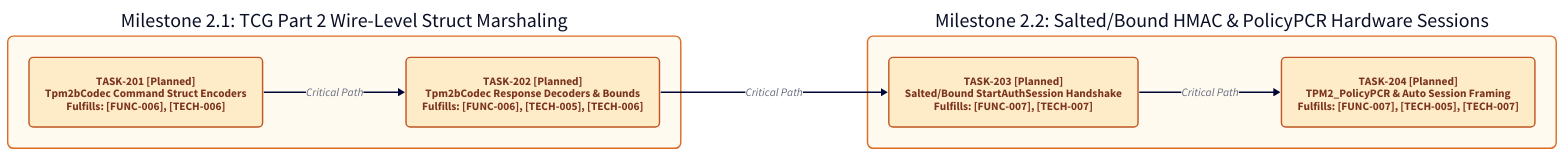
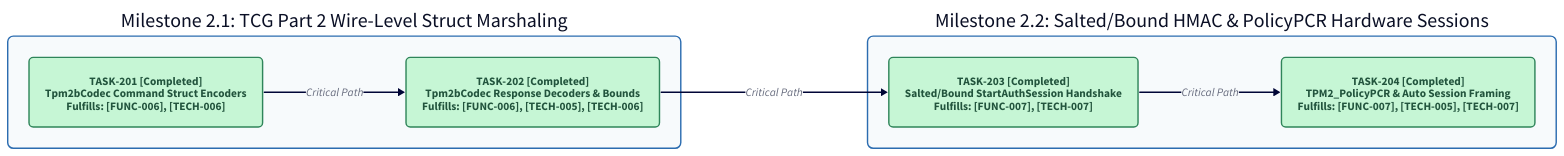
One commit to renich/crystal-tpm2-tss changed the diagram in docs/diagrams/roadmaps/phase-2-enhancement.d2. Above: the diagram before and after it, drawn with D2. The commit also changed 40 other files, not shown here.

First line of the commit message:
feat(tpm2): implement TCG Part 2 Tpm2bCodec and PolicyPCR sessions for v0.4.1

```diff
--- a/docs/diagrams/roadmaps/phase-2-enhancement.d2
+++ b/docs/diagrams/roadmaps/phase-2-enhancement.d2
@@ -1,60 +1,60 @@
 direction: right
 
 vars: {
   d2-config: {
     layout-engine: dagre
     theme-id: 4
     pad: 40
     center: true
   }
 }
 
 classes: {
   milestone_container: {
     style: {
-      stroke: "#DD6B20"
+      stroke: "#2B6CB0"
       stroke-width: 2
       border-radius: 8
-      fill: "#FFFAF0"
+      fill: "#F7FAFC"
     }
   }
-  task_planned: {
+  task_done: {
     shape: rectangle
     style: {
-      stroke: "#C05621"
+      stroke: "#2F855A"
       stroke-width: 2
       border-radius: 6
-      fill: "#FEEBC8"
-      font-color: "#7B341E"
+      fill: "#C6F6D5"
+      font-color: "#22543D"
       bold: true
     }
   }
 }
 
 m2_1: "Milestone 2.1: TCG Part 2 Wire-Level Struct Marshaling" {
   class: milestone_container
 
-  t201: "TASK-201 [Planned]\nTpm2bCodec Command Struct Encoders\nFulfills: [FUNC-006], [TECH-006]" {
-    class: task_planned
+  t201: "TASK-201 [Completed]\nTpm2bCodec Command Struct Encoders\nFulfills: [FUNC-006], [TECH-006]" {
+    class: task_done
   }
-  t202: "TASK-202 [Planned]\nTpm2bCodec Response Decoders & Bounds\nFulfills: [FUNC-006], [TECH-005], [TECH-006]" {
-    class: task_planned
+  t202: "TASK-202 [Completed]\nTpm2bCodec Response Decoders & Bounds\nFulfills: [FUNC-006], [TECH-005], [TECH-006]" {
+    class: task_done
   }
 
   t201 -> t202: "Critical Path"
 }
 
 m2_2: "Milestone 2.2: Salted/Bound HMAC & PolicyPCR Hardware Sessions" {
   class: milestone_container
 
-  t203: "TASK-203 [Planned]\nSalted/Bound StartAuthSession Handshake\nFulfills: [FUNC-007], [TECH-007]" {
-    class: task_planned
+  t203: "TASK-203 [Completed]\nSalted/Bound StartAuthSession Handshake\nFulfills: [FUNC-007], [TECH-007]" {
+    class: task_done
   }
-  t204: "TASK-204 [Planned]\nTPM2_PolicyPCR & Auto Session Framing\nFulfills: [FUNC-007], [TECH-005], [TECH-007]" {
-    class: task_planned
+  t204: "TASK-204 [Completed]\nTPM2_PolicyPCR & Auto Session Framing\nFulfills: [FUNC-007], [TECH-005], [TECH-007]" {
+    class: task_done
   }
 
   t203 -> t204: "Critical Path"
 }
 
 m2_1.t202 -> m2_2.t203: "Critical Path"
```
